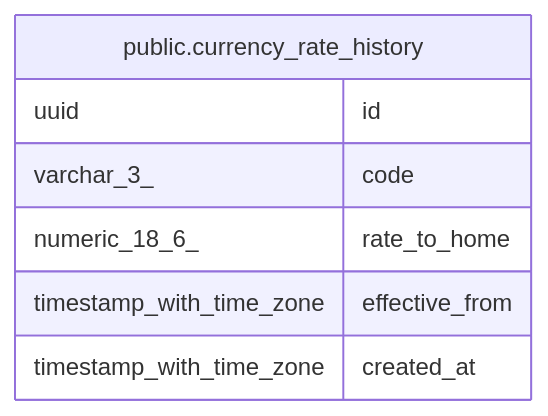
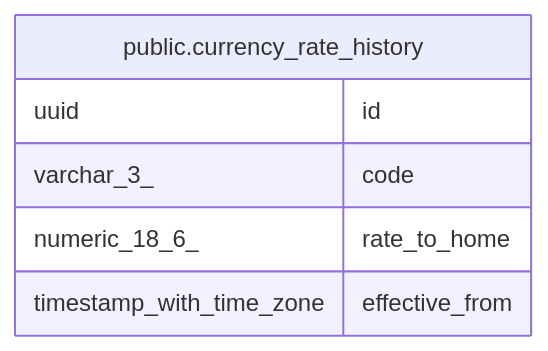
The diagram in docs/schema/public.currency_rate_history.md (rkseattle/minicrm), drawn with Mermaid before and after one commit. The commit also changed other lines of this file and 72 other files, not shown here.

````diff
--- a/docs/schema/public.currency_rate_history.md
+++ b/docs/schema/public.currency_rate_history.md
@@ -29,12 +28,11 @@
 ```mermaid
 erDiagram
 
 
 "public.currency_rate_history" {
   uuid id ""
   varchar_3_ code ""
   numeric_18_6_ rate_to_home ""
   timestamp_with_time_zone effective_from ""
-  timestamp_with_time_zone created_at ""
 }
 ```
````
